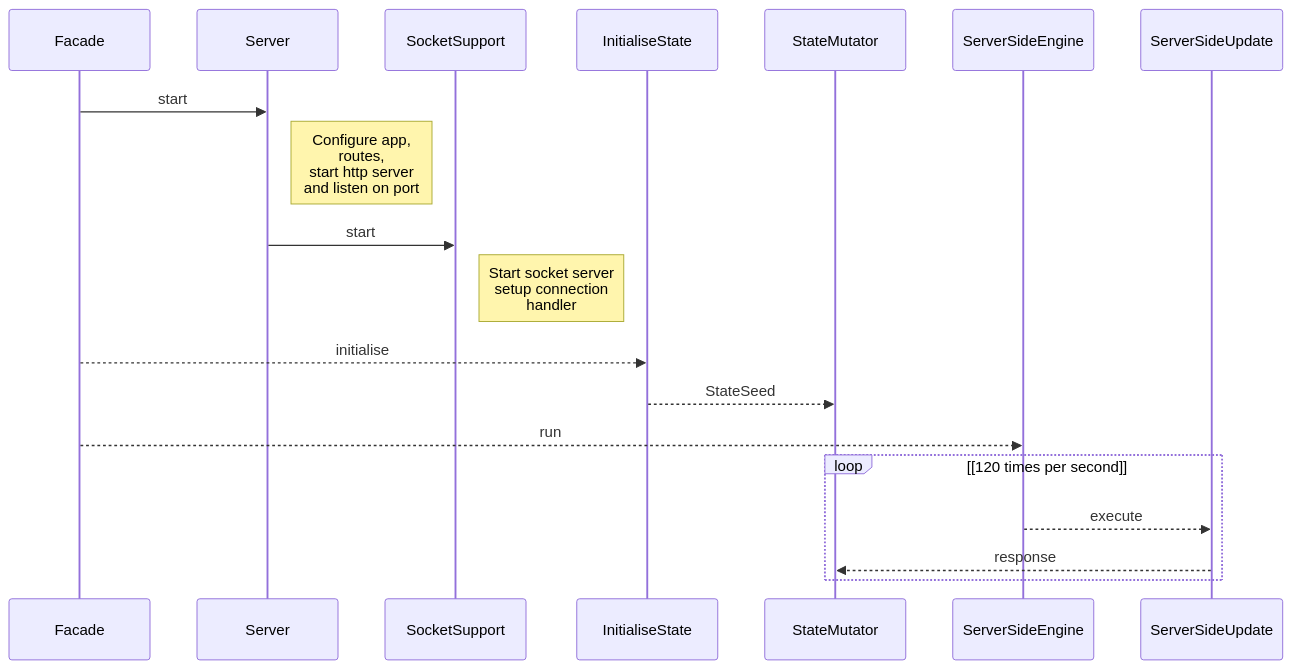
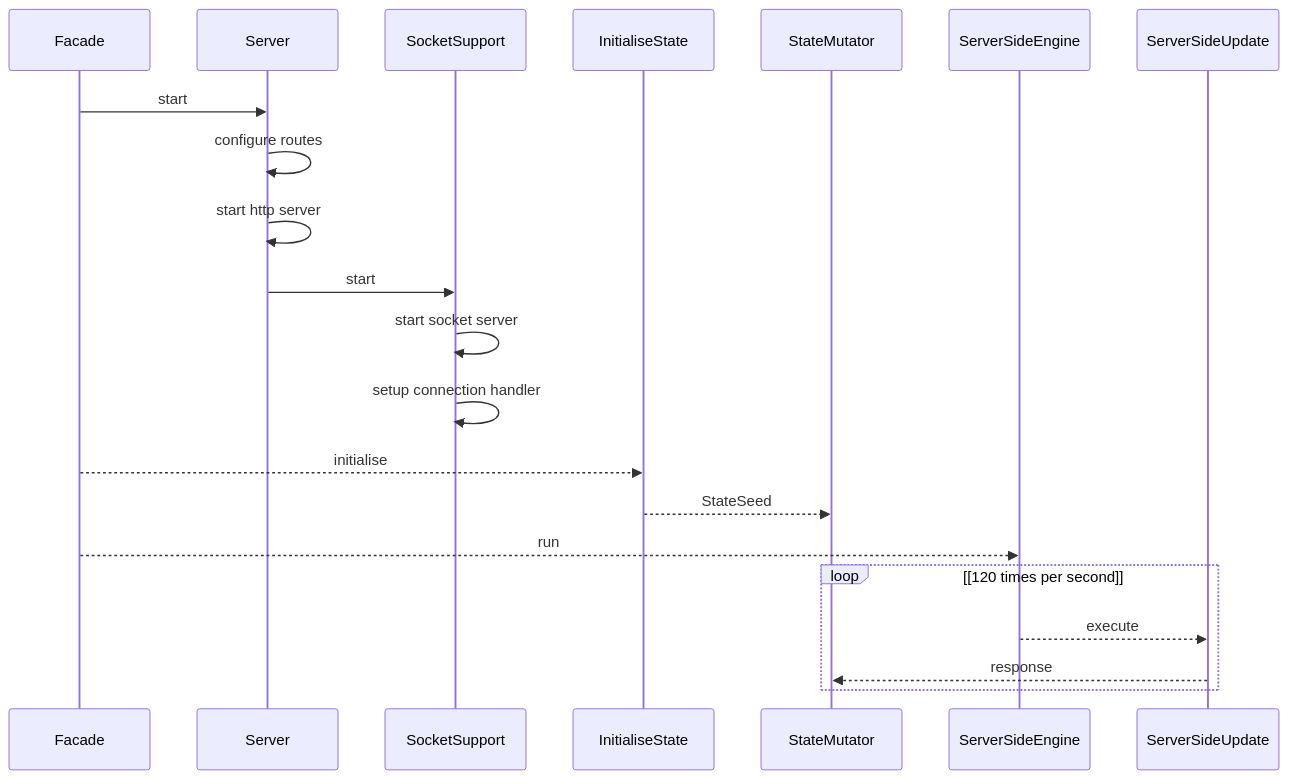
Before and after one commit to distributedlife/ensemble-website: the diagram in source/views/docs/guides/sequence.md, drawn with Mermaid. The commit also changed 11 other files, not shown here.

```diff
--- a/source/views/docs/guides/sequence.md
+++ b/source/views/docs/guides/sequence.md
@@ -7,15 +7,17 @@
 <div class="mermaid">
 sequenceDiagram
   Facade->>Server: start
-  Note right of Server: Configure app,<br/>routes,<br/>start http server<br/>and listen on port
+  Server->>Server: configure routes
+  Server->>Server: start http server
   Server->>SocketSupport:start
-  Note right of SocketSupport: Start socket server<br/>setup connection<br/>handler
+  SocketSupport->>SocketSupport:start socket server
+  SocketSupport->>SocketSupport:setup connection handler
   Facade-->>InitialiseState: initialise
   InitialiseState-->>StateMutator: StateSeed
   Facade-->>ServerSideEngine: run
   loop [120 times per second]
     ServerSideEngine-->>ServerSideUpdate: execute
     ServerSideUpdate-->>StateMutator: response
   end
 
 </div>
```
